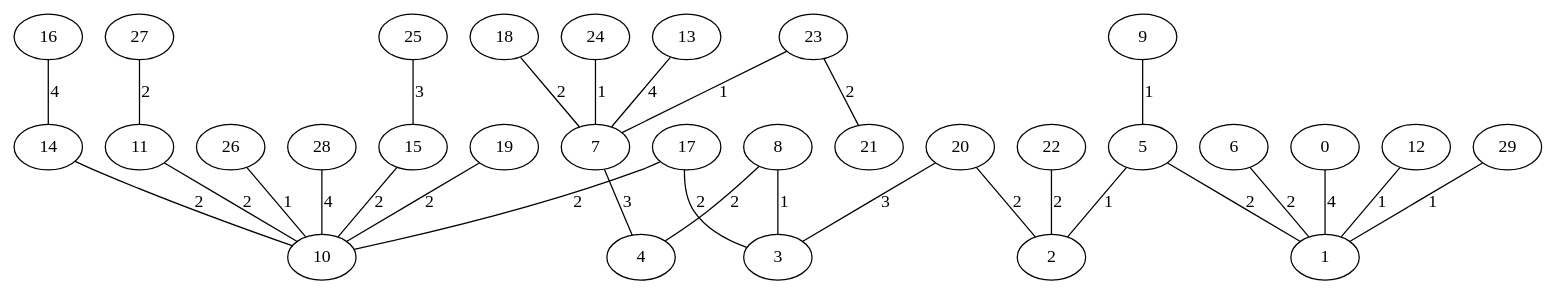
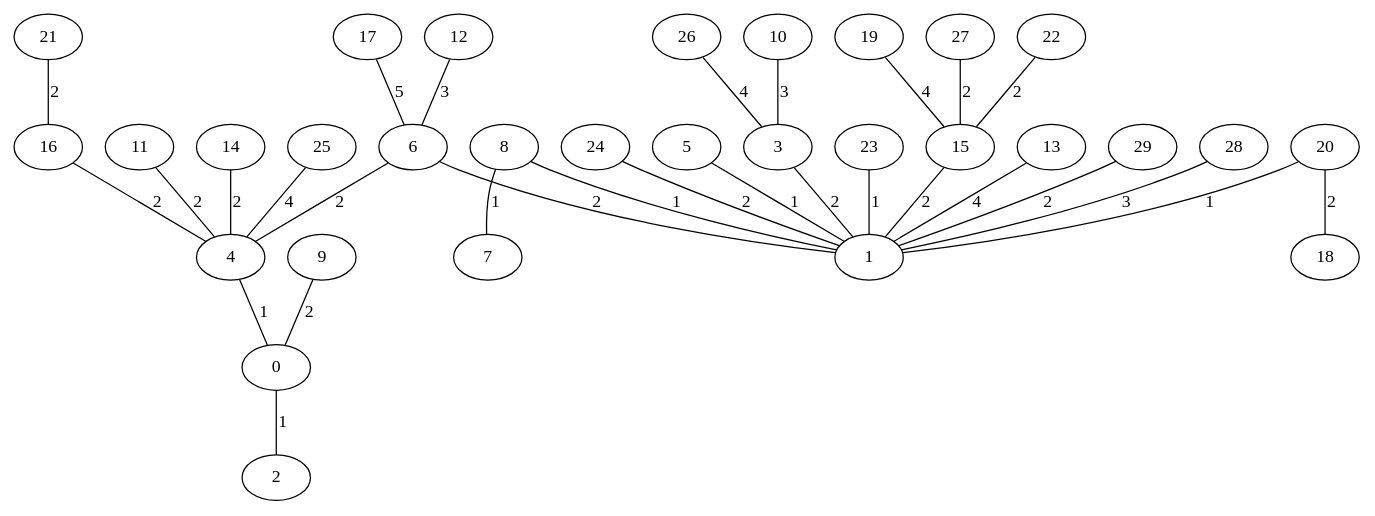
Before and after one commit to saradejesuss/GenerarGrafos: the diagram in Kruskal_Dorogovtsev3030.gv, drawn with Graphviz. The commit also changed 15 other files, not shown here.

```diff
--- a/Kruskal_Dorogovtsev3030.gv
+++ b/Kruskal_Dorogovtsev3030.gv
@@ -1,61 +1,61 @@
 graph{
+   17;
+   7;
+   25;
+   22;
    19;
+   27;
+   28;
+   16;
+   5;
+   11;
+   12;
+   3;
+   23;
+   10;
+   4;
+   15;
    9;
-   10;
+   18;
+   1;
+   2;
    26;
+   13;
    8;
+   0;
+   29;
+   14;
+   20;
+   6;
    21;
    24;
-   6;
-   27;
-   7;
-   0;
-   23;
-   28;
-   2;
-   5;
-   16;
-   12;
-   20;
-   15;
-   13;
-   25;
-   17;
-   1;
-   29;
-   22;
-   4;
-   3;
-   14;
-   18;
-   11;
-   7 -- 4 [label="3"];
-   24 -- 7 [label="1"];
-   23 -- 21 [label="2"];
-   26 -- 10 [label="1"];
-   17 -- 10 [label="2"];
-   23 -- 7 [label="1"];
+   25 -- 4 [label="4"];
+   9 -- 0 [label="2"];
+   4 -- 0 [label="1"];
+   19 -- 15 [label="4"];
+   27 -- 15 [label="2"];
+   16 -- 4 [label="2"];
+   8 -- 7 [label="1"];
+   12 -- 6 [label="3"];
+   28 -- 1 [label="3"];
+   26 -- 3 [label="4"];
+   6 -- 4 [label="2"];
+   3 -- 1 [label="2"];
+   17 -- 6 [label="5"];
+   15 -- 1 [label="2"];
    6 -- 1 [label="2"];
-   0 -- 1 [label="4"];
-   28 -- 10 [label="4"];
-   12 -- 1 [label="1"];
-   5 -- 2 [label="1"];
-   27 -- 11 [label="2"];
-   20 -- 2 [label="2"];
-   16 -- 14 [label="4"];
-   13 -- 7 [label="4"];
-   29 -- 1 [label="1"];
-   15 -- 10 [label="2"];
-   20 -- 3 [label="3"];
-   17 -- 3 [label="2"];
-   11 -- 10 [label="2"];
-   14 -- 10 [label="2"];
-   8 -- 3 [label="1"];
-   25 -- 15 [label="3"];
-   19 -- 10 [label="2"];
-   22 -- 2 [label="2"];
-   18 -- 7 [label="2"];
-   9 -- 5 [label="1"];
-   8 -- 4 [label="2"];
-   5 -- 1 [label="2"];
+   20 -- 1 [label="1"];
+   10 -- 3 [label="3"];
+   24 -- 1 [label="2"];
+   20 -- 18 [label="2"];
+   13 -- 1 [label="4"];
+   21 -- 16 [label="2"];
+   11 -- 4 [label="2"];
+   29 -- 1 [label="2"];
+   14 -- 4 [label="2"];
+   23 -- 1 [label="1"];
+   22 -- 15 [label="2"];
+   0 -- 2 [label="1"];
+   5 -- 1 [label="1"];
+   8 -- 1 [label="1"];
 }
```
